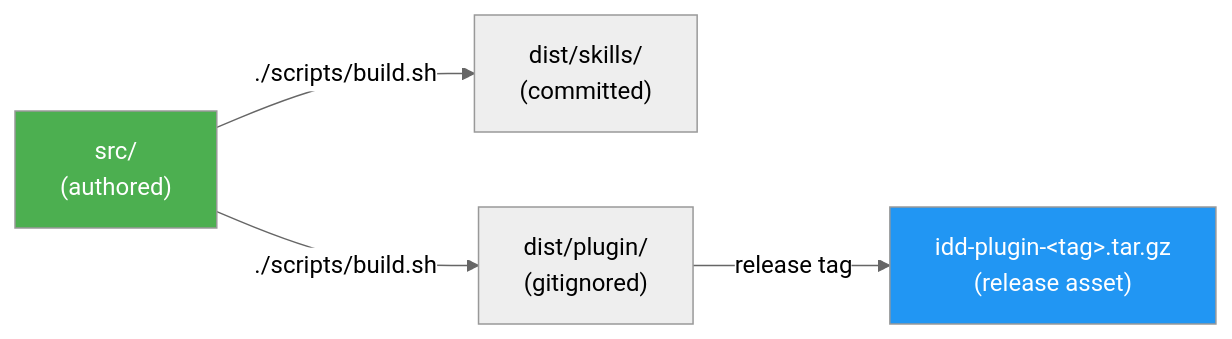
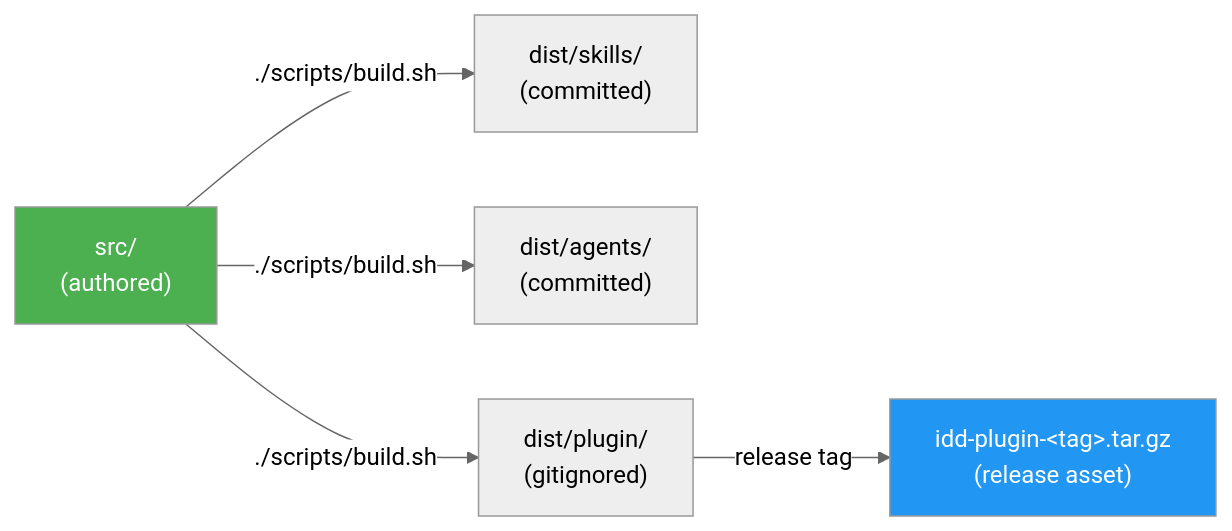
One commit to luongnv89/idd changed the first of 3 diagrams in docs/DEVELOPMENT.md. Above: the diagram before and after it, drawn with Mermaid (neutral theme). The commit also changed other lines of this file and 12 other files, not shown here.

````diff
--- a/docs/DEVELOPMENT.md
+++ b/docs/DEVELOPMENT.md
@@ -43,9 +45,10 @@
 ```mermaid
 graph LR
     SRC["src/<br/>(authored)"] -->|"./scripts/build.sh"| DSK["dist/skills/<br/>(committed)"]
+    SRC -->|"./scripts/build.sh"| DAG["dist/agents/<br/>(committed)"]
     SRC -->|"./scripts/build.sh"| DPL["dist/plugin/<br/>(gitignored)"]
     DPL -->|"release tag"| TAR["idd-plugin-&lt;tag&gt;.tar.gz<br/>(release asset)"]
 
     style SRC fill:#4CAF50,color:#fff
     style TAR fill:#2196F3,color:#fff
 ```
````
